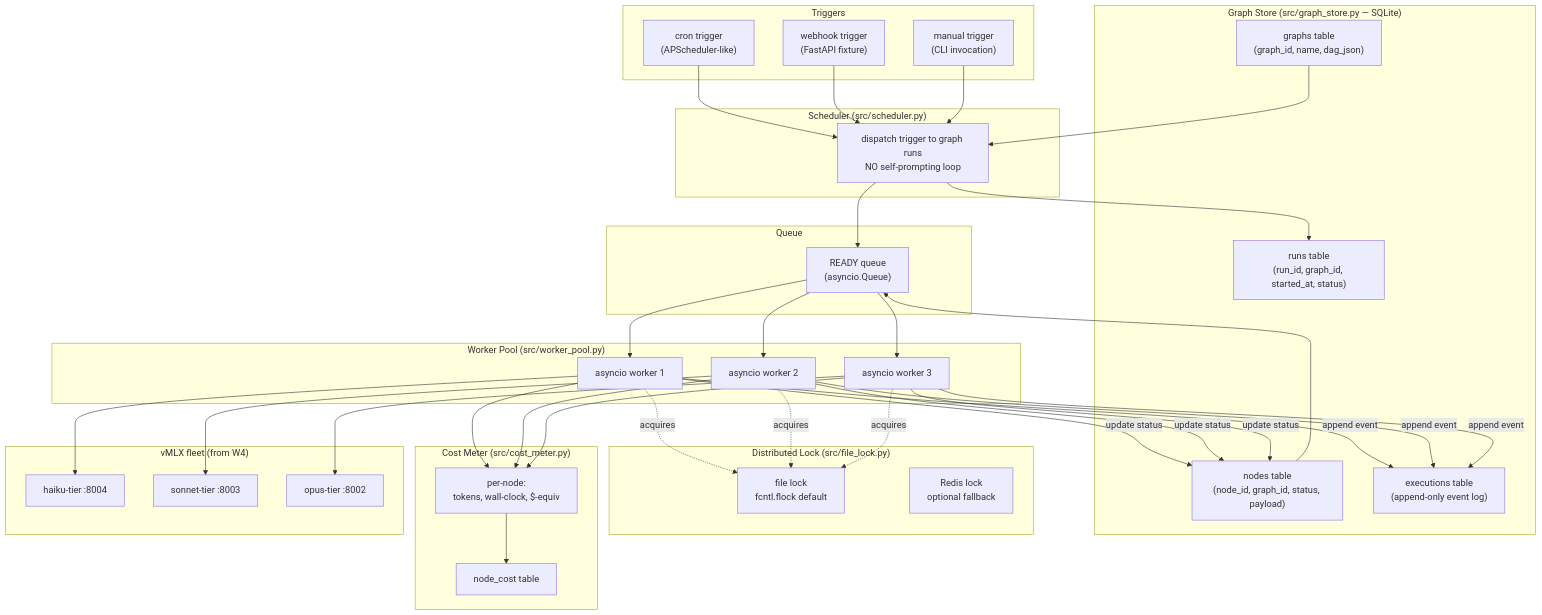
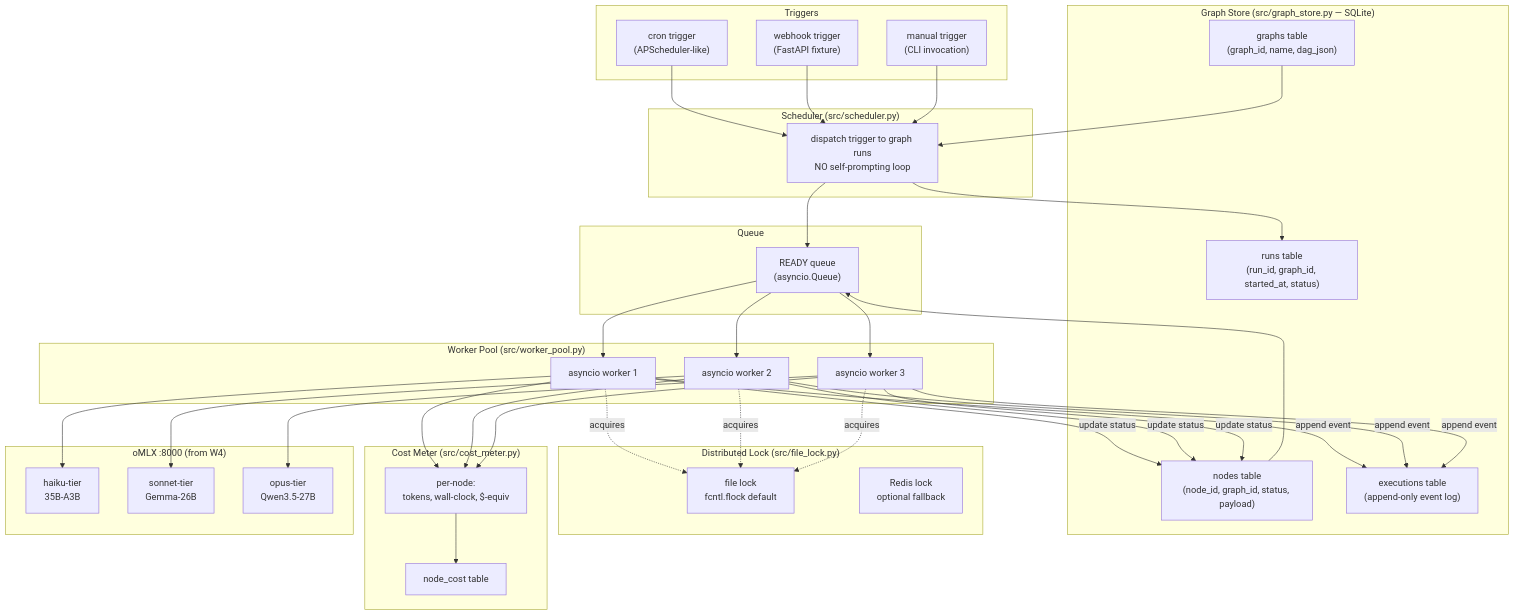
One commit to shaneliuyx/agent-development-curriculum changed the diagram in Week 4.6 - Durable Agent Runtime and Process Topologies.md. Above: the diagram before and after it, drawn with Mermaid. The commit also changed other lines of this file and 15 other files, not shown here.

````diff
--- a/Week 4.6 - Durable Agent Runtime and Process Topologies.md
+++ b/Week 4.6 - Durable Agent Runtime and Process Topologies.md
@@ -148,72 +148,72 @@
 ```mermaid
 flowchart TB
   subgraph T["Triggers"]
     Cron["cron trigger<br/>(APScheduler-like)"]
     Web["webhook trigger<br/>(FastAPI fixture)"]
     Man["manual trigger<br/>(CLI invocation)"]
   end
 
   subgraph S["Scheduler (src/scheduler.py)"]
     Sch["dispatch trigger to graph runs<br/>NO self-prompting loop"]
   end
 
   subgraph G["Graph Store (src/graph_store.py — SQLite)"]
     GTab["graphs table<br/>(graph_id, name, dag_json)"]
     NTab["nodes table<br/>(node_id, graph_id, status, payload)"]
     ETab["executions table<br/>(append-only event log)"]
     RTab["runs table<br/>(run_id, graph_id, started_at, status)"]
   end
 
   subgraph Q["Queue"]
     Ready["READY queue<br/>(asyncio.Queue)"]
   end
 
   subgraph W["Worker Pool (src/worker_pool.py)"]
     W1["asyncio worker 1"]
     W2["asyncio worker 2"]
     W3["asyncio worker 3"]
   end
 
   subgraph L["Distributed Lock (src/file_lock.py)"]
     FL["file lock<br/>fcntl.flock default"]
     RL["Redis lock<br/>optional fallback"]
   end
 
   subgraph C["Cost Meter (src/cost_meter.py)"]
     CM["per-node:<br/>tokens, wall-clock, $-equiv"]
     NCTab["node_cost table"]
   end
 
-  subgraph F["vMLX fleet (from W4)"]
-    H["haiku-tier :8004"]
-    Sm["sonnet-tier :8003"]
-    O["opus-tier :8002"]
+  subgraph F["oMLX :8000 (from W4)"]
+    H["haiku-tier<br/>35B-A3B"]
+    Sm["sonnet-tier<br/>Gemma-26B"]
+    O["opus-tier<br/>Qwen3.5-27B"]
   end
 
   Cron --> Sch
   Web --> Sch
   Man --> Sch
   Sch --> RTab
   Sch --> Ready
   GTab --> Sch
   NTab --> Ready
   Ready --> W1
   Ready --> W2
   Ready --> W3
   W1 -.acquires.-> FL
   W2 -.acquires.-> FL
   W3 -.acquires.-> FL
   W1 --> CM
   W2 --> CM
   W3 --> CM
   CM --> NCTab
   W1 --> H
   W2 --> Sm
   W3 --> O
   W1 -->|append event| ETab
   W2 -->|append event| ETab
   W3 -->|append event| ETab
   W1 -->|update status| NTab
   W2 -->|update status| NTab
   W3 -->|update status| NTab
 ```
````
